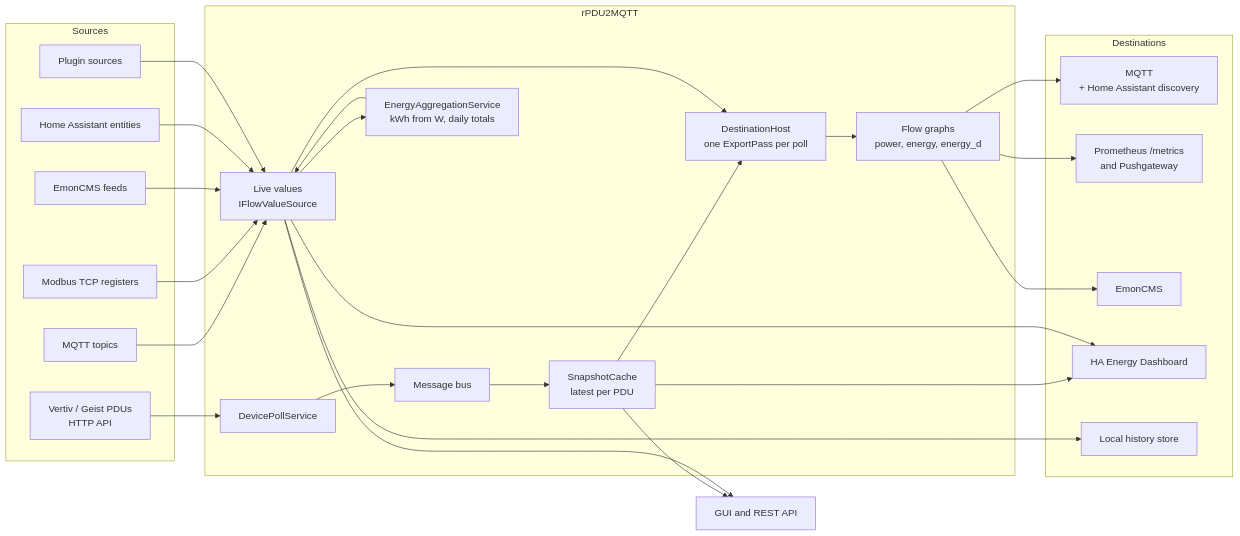
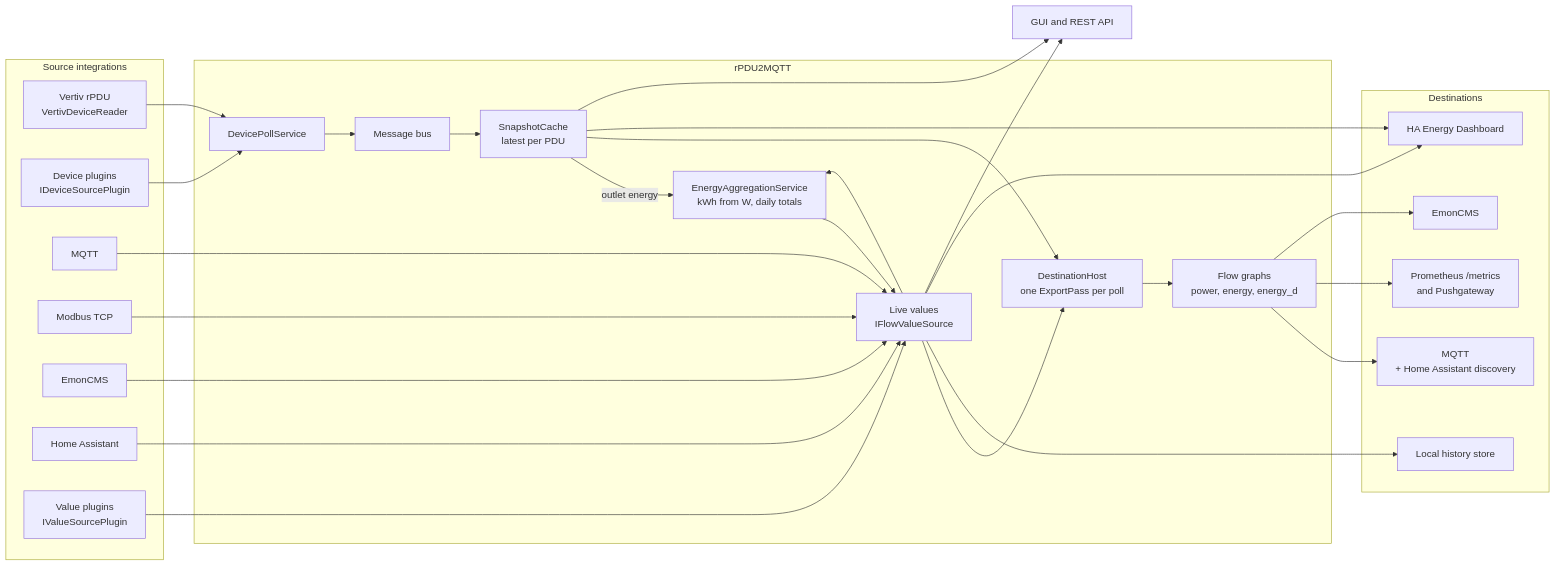
One commit to XtremeOwnage/rPDU2MQTT changed the first of 6 diagrams in docs-site/docs/development/data-flow.md. Above: the diagram before and after it, drawn with Mermaid. The commit also changed other lines of this file, not shown here.

Commit message:
Docs: show source integrations and outlet energy in data-flow diagram (#529)

````diff
--- a/docs-site/docs/development/data-flow.md
+++ b/docs-site/docs/development/data-flow.md
@@ -11,57 +11,64 @@
 ```mermaid
 flowchart LR
-  subgraph SRC["Sources"]
-    PDU["`Vertiv / Geist PDUs
-HTTP API`"]
-    MQ["MQTT topics"]
-    MB["Modbus TCP registers"]
-    EC["EmonCMS feeds"]
-    HA["Home Assistant entities"]
-    PL["Plugin sources"]
+  subgraph SRC["Source integrations"]
+    PDU["`Vertiv rPDU
+VertivDeviceReader`"]
+    DP["`Device plugins
+IDeviceSourcePlugin`"]
+    MQ["MQTT"]
+    MB["Modbus TCP"]
+    EC["EmonCMS"]
+    HA["Home Assistant"]
+    PL["`Value plugins
+IValueSourcePlugin`"]
   end
 
   subgraph CORE["rPDU2MQTT"]
     POLL["DevicePollService"]
     BUS["Message bus"]
     SNAP["`SnapshotCache
 latest per PDU`"]
     LIVE["`Live values
 IFlowValueSource`"]
     AGG["`EnergyAggregationService
 kWh from W, daily totals`"]
     PASS["`DestinationHost
 one ExportPass per poll`"]
     GRAPH["`Flow graphs
 power, energy, energy_d`"]
   end
 
   subgraph DST["Destinations"]
     MQTTOUT["`MQTT
 + Home Assistant discovery`"]
     PROM["`Prometheus /metrics
 and Pushgateway`"]
     EMON["EmonCMS"]
     HAED["HA Energy Dashboard"]
     HIST["Local history store"]
   end
 
-  PDU --> POLL --> BUS --> SNAP
+  PDU --> POLL
+  DP --> POLL
+  POLL --> BUS --> SNAP
   MQ --> LIVE
   MB --> LIVE
   EC --> LIVE
   HA --> LIVE
   PL --> LIVE
-  LIVE --> AGG --> LIVE
+  LIVE --> AGG
+  SNAP -- outlet energy --> AGG
+  AGG --> LIVE
   SNAP --> PASS
   LIVE --> PASS
   PASS --> GRAPH
   GRAPH --> MQTTOUT
   GRAPH --> PROM
   GRAPH --> EMON
   LIVE --> HIST
   SNAP --> HAED
   LIVE --> HAED
 
   SNAP --> UI["GUI and REST API"]
   LIVE --> UI
 ```
````
